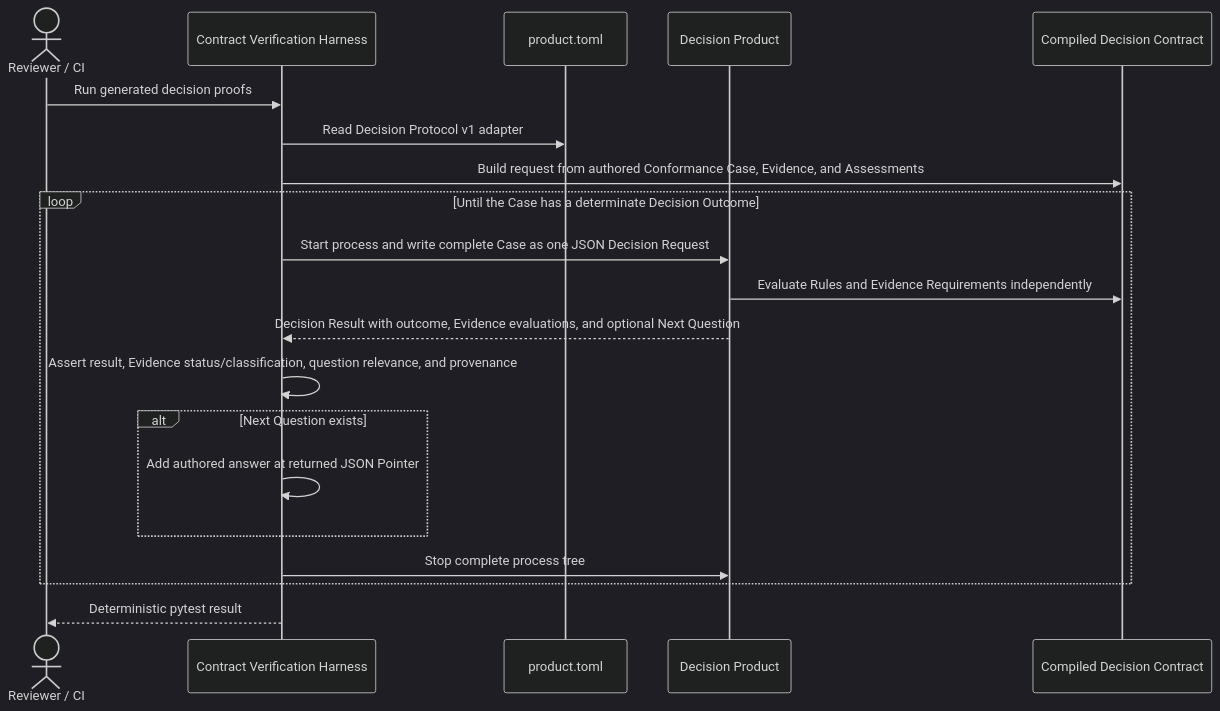
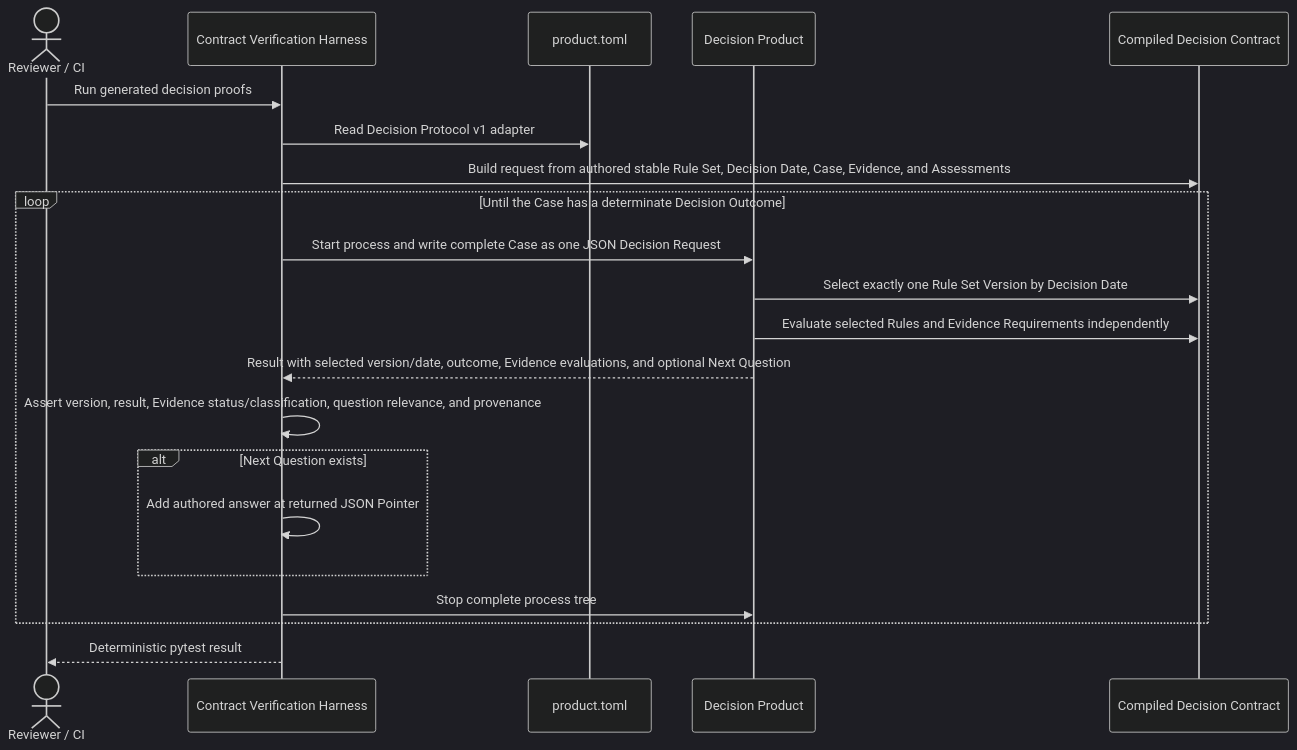
The third of 6 diagrams in docs/architecture/arc42.md (arturmiller/spec-compiler), drawn with Mermaid (dark theme) before and after one commit. The commit also changed other lines of this file and 23 other files, not shown here.

Commit message:
Implement temporal rule-set selection (fixes #5)

````diff
--- a/docs/architecture/arc42.md
+++ b/docs/architecture/arc42.md
@@ -277,23 +278,24 @@
 ```mermaid
 sequenceDiagram
     actor Operator as Reviewer / CI
     participant Harness as Contract Verification Harness
     participant Manifest as product.toml
     participant Product as Decision Product
     participant Contract as Compiled Decision Contract
 
     Operator->>Harness: Run generated decision proofs
     Harness->>Manifest: Read Decision Protocol v1 adapter
-    Harness->>Contract: Build request from authored Conformance Case, Evidence, and Assessments
+    Harness->>Contract: Build request from authored stable Rule Set, Decision Date, Case, Evidence, and Assessments
     loop Until the Case has a determinate Decision Outcome
         Harness->>Product: Start process and write complete Case as one JSON Decision Request
-        Product->>Contract: Evaluate Rules and Evidence Requirements independently
-        Product-->>Harness: Decision Result with outcome, Evidence evaluations, and optional Next Question
-        Harness->>Harness: Assert result, Evidence status/classification, question relevance, and provenance
+        Product->>Contract: Select exactly one Rule Set Version by Decision Date
+        Product->>Contract: Evaluate selected Rules and Evidence Requirements independently
+        Product-->>Harness: Result with selected version/date, outcome, Evidence evaluations, and optional Next Question
+        Harness->>Harness: Assert version, result, Evidence status/classification, question relevance, and provenance
         alt Next Question exists
             Harness->>Harness: Add authored answer at returned JSON Pointer
         end
         Harness->>Product: Stop complete process tree
     end
     Harness-->>Operator: Deterministic pytest result
 ```
````
